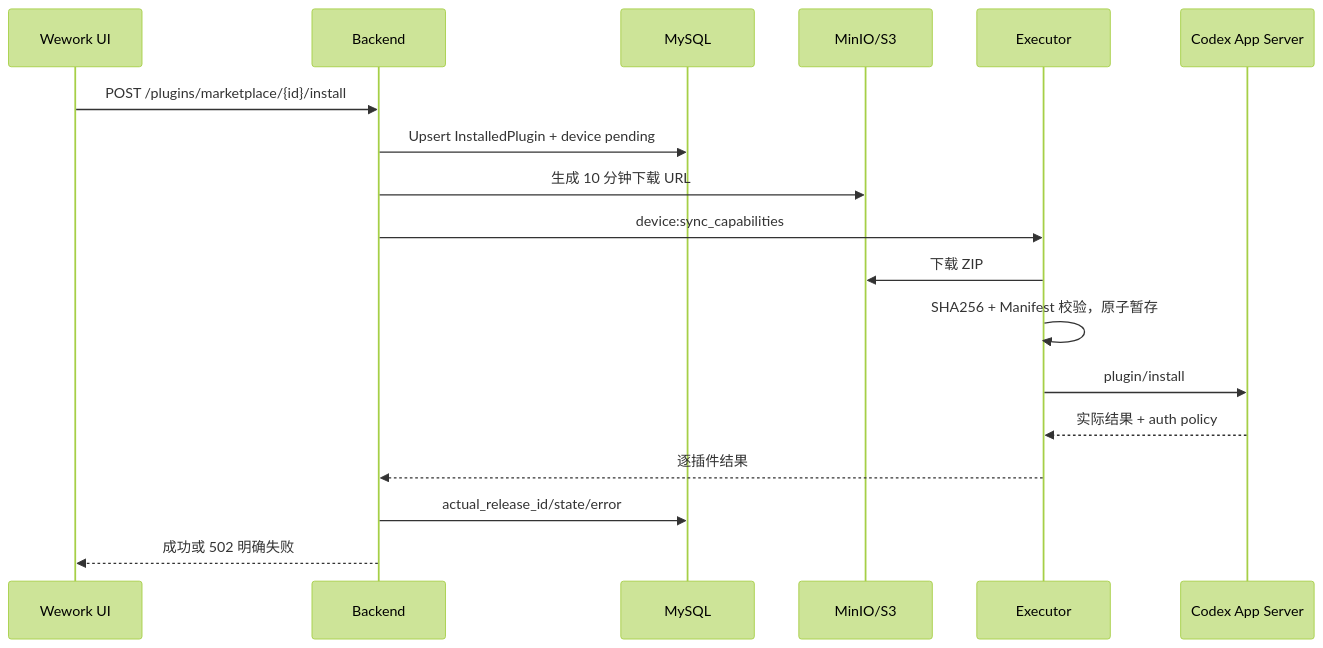
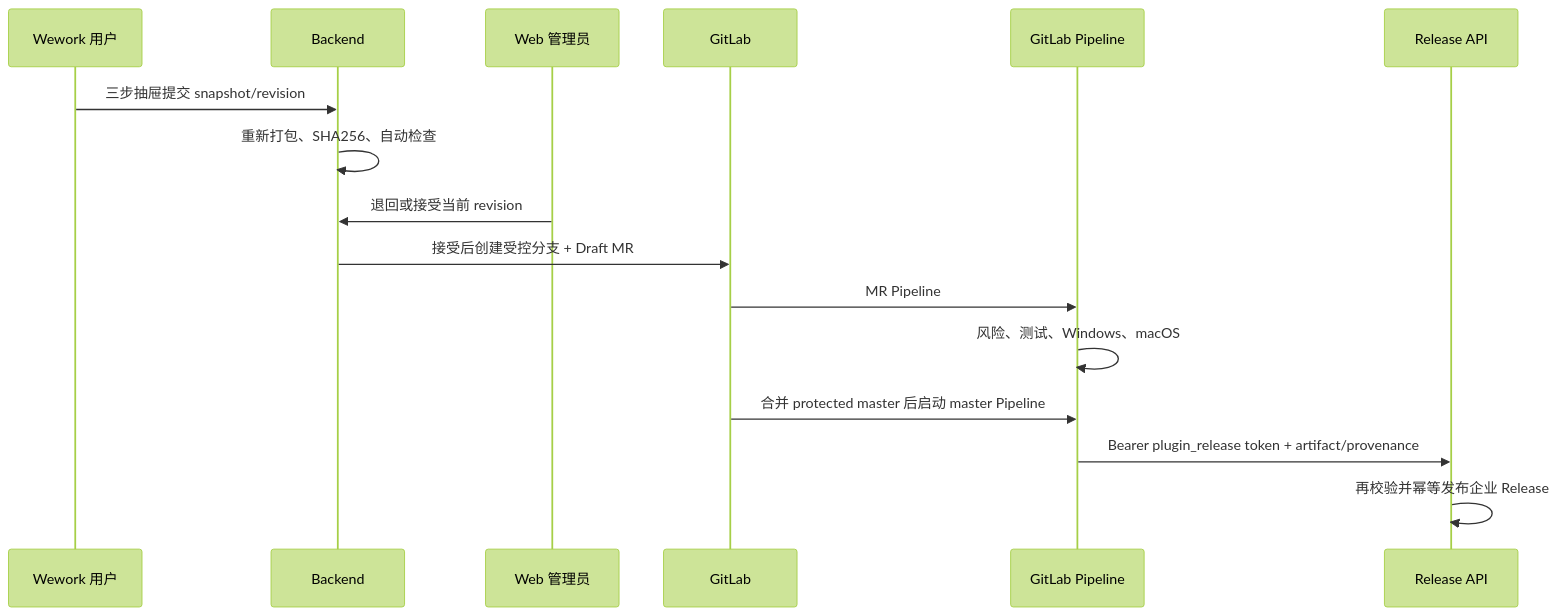
Before and after one commit to wecode-ai/Wegent: the third of 3 diagrams in docs/zh/wework/developer-guide/plugin-marketplace-v2.md, drawn with Mermaid (forest theme). The commit also changed other lines of this file and 115 other files, not shown here.

````diff
--- a/docs/zh/wework/developer-guide/plugin-marketplace-v2.md
+++ b/docs/zh/wework/developer-guide/plugin-marketplace-v2.md
@@ -133,20 +286,18 @@
 ```mermaid
 sequenceDiagram
-  participant UI as Wework UI
+  participant U as Wework 用户
   participant API as Backend
-  participant DB as MySQL
-  participant S3 as MinIO/S3
-  participant EX as Executor
-  participant CX as Codex App Server
-  UI->>API: POST /plugins/marketplace/{id}/install
-  API->>DB: Upsert InstalledPlugin + device pending
-  API->>S3: 生成 10 分钟下载 URL
-  API->>EX: device:sync_capabilities
-  EX->>S3: 下载 ZIP
-  EX->>EX: SHA256 + Manifest 校验，原子暂存
-  EX->>CX: plugin/install
-  CX-->>EX: 实际结果 + auth policy
-  EX-->>API: 逐插件结果
-  API->>DB: actual_release_id/state/error
-  API-->>UI: 成功或 502 明确失败
+  participant A as Web 管理员
+  participant GL as GitLab
+  participant CI as GitLab Pipeline
+  participant R as Release API
+  U->>API: 三步抽屉提交 snapshot/revision
+  API->>API: 重新打包、SHA256、自动检查
+  A->>API: 退回或接受当前 revision
+  API->>GL: 接受后创建受控分支 + Draft MR
+  GL->>CI: MR Pipeline
+  CI->>CI: 风险、测试、Windows、macOS
+  GL->>CI: 合并 protected master 后启动 master Pipeline
+  CI->>R: Bearer plugin_release token + artifact/provenance
+  R->>R: 再校验并幂等发布企业 Release
 ```
````
